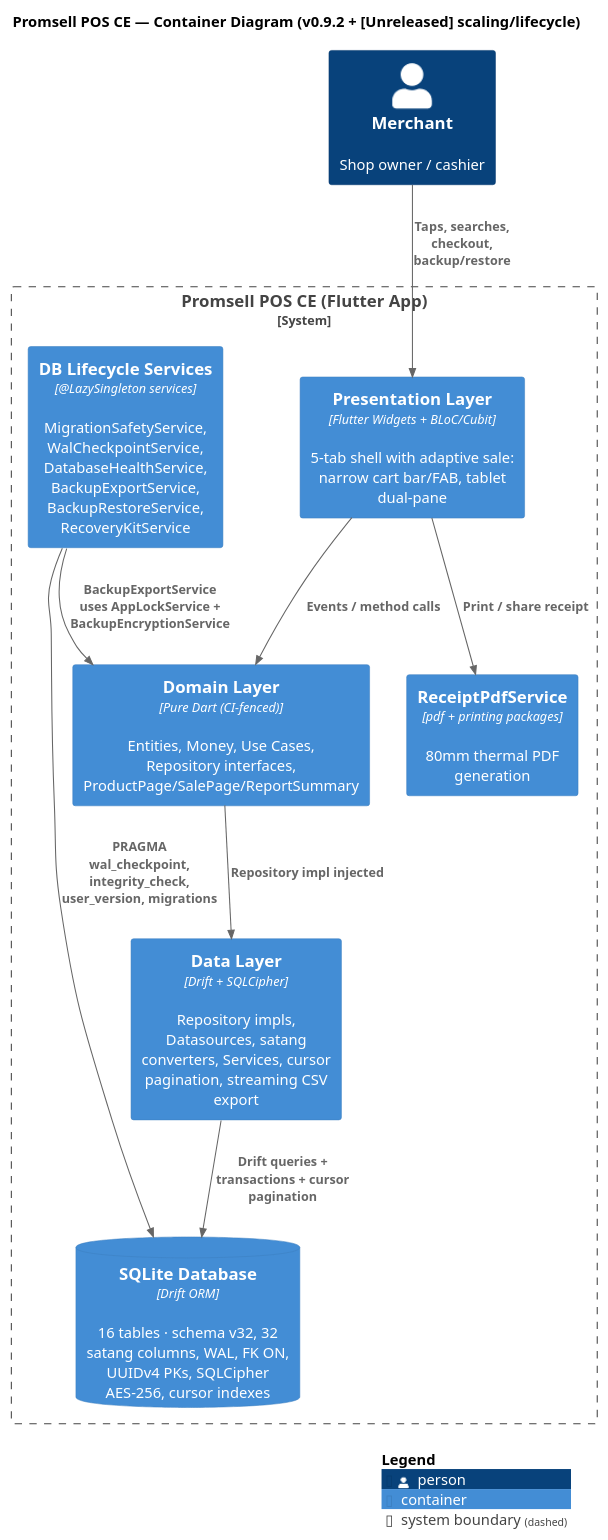
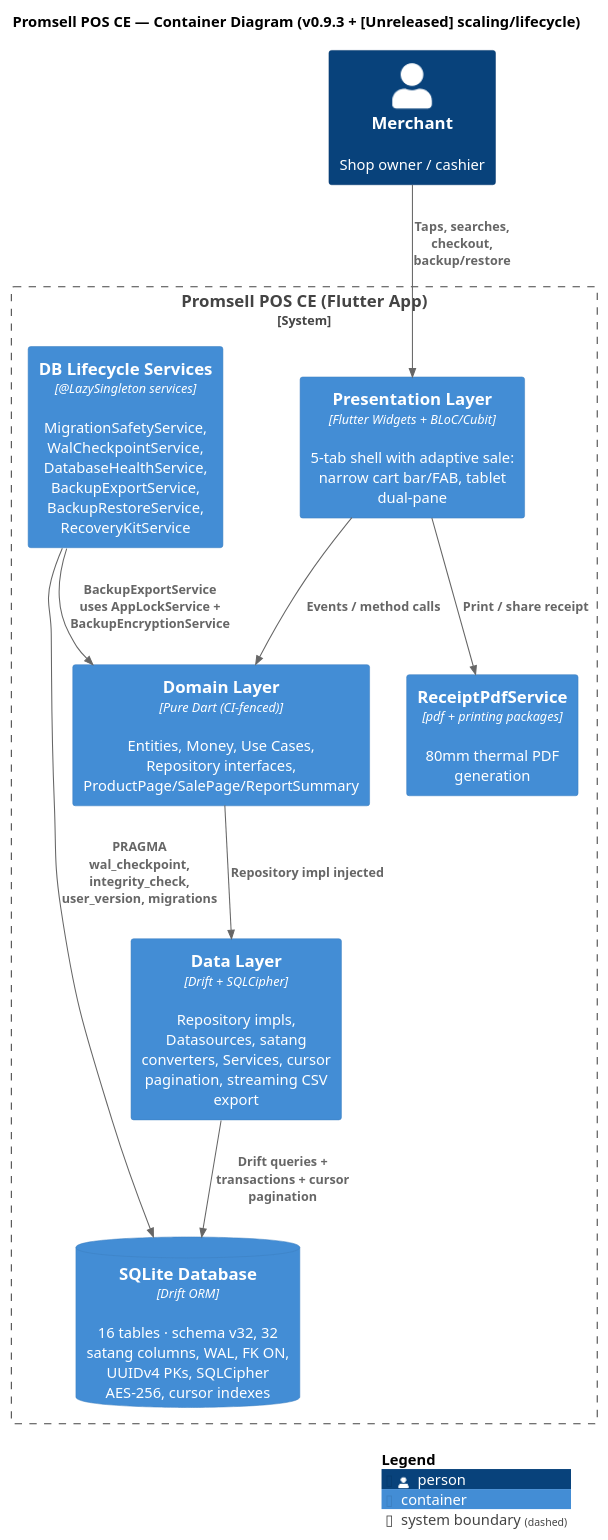
Before and after one commit to MN-Lizard-Team/promsell-pos-ce: the diagram in docs/architecture/puml/c4-container.puml, drawn with PlantUML. The commit also changed 43 other files, not shown here.

```diff
--- a/docs/architecture/puml/c4-container.puml
+++ b/docs/architecture/puml/c4-container.puml
@@ -1,26 +1,26 @@
 @startuml C4_Container
 !include https://raw.githubusercontent.com/plantuml-stdlib/C4-PlantUML/master/C4_Container.puml
 
-title Promsell POS CE — Container Diagram (v0.9.2 + [Unreleased] scaling/lifecycle)
+title Promsell POS CE — Container Diagram (v0.9.3 + [Unreleased] scaling/lifecycle)
 
 Person(merchant, "Merchant", "Shop owner / cashier")
 
 System_Boundary(app, "Promsell POS CE (Flutter App)") {
     Container(ui, "Presentation Layer", "Flutter Widgets + BLoC/Cubit", "5-tab shell with adaptive sale: narrow cart bar/FAB, tablet dual-pane")
     Container(domain, "Domain Layer", "Pure Dart (CI-fenced)", "Entities, Money, Use Cases, Repository interfaces, ProductPage/SalePage/ReportSummary")
     Container(data, "Data Layer", "Drift + SQLCipher", "Repository impls, Datasources, satang converters, Services, cursor pagination, streaming CSV export")
     ContainerDb(sqlite, "SQLite Database", "Drift ORM", "16 tables · schema v32, 32 satang columns, WAL, FK ON, UUIDv4 PKs, SQLCipher AES-256, cursor indexes")
     Container(pdf, "ReceiptPdfService", "pdf + printing packages", "80mm thermal PDF generation")
     Container(lifecycle, "DB Lifecycle Services", "@LazySingleton services", "MigrationSafetyService, WalCheckpointService, DatabaseHealthService, BackupExportService, BackupRestoreService, RecoveryKitService")
 }
 
 Rel(merchant, ui, "Taps, searches, checkout, backup/restore")
 Rel(ui, domain, "Events / method calls")
 Rel(domain, data, "Repository impl injected")
 Rel(data, sqlite, "Drift queries + transactions + cursor pagination")
 Rel(ui, pdf, "Print / share receipt")
 Rel(lifecycle, sqlite, "PRAGMA wal_checkpoint, integrity_check, user_version, migrations")
 Rel(lifecycle, domain, "BackupExportService uses AppLockService + BackupEncryptionService")
 
 SHOW_LEGEND()
 @enduml
```
